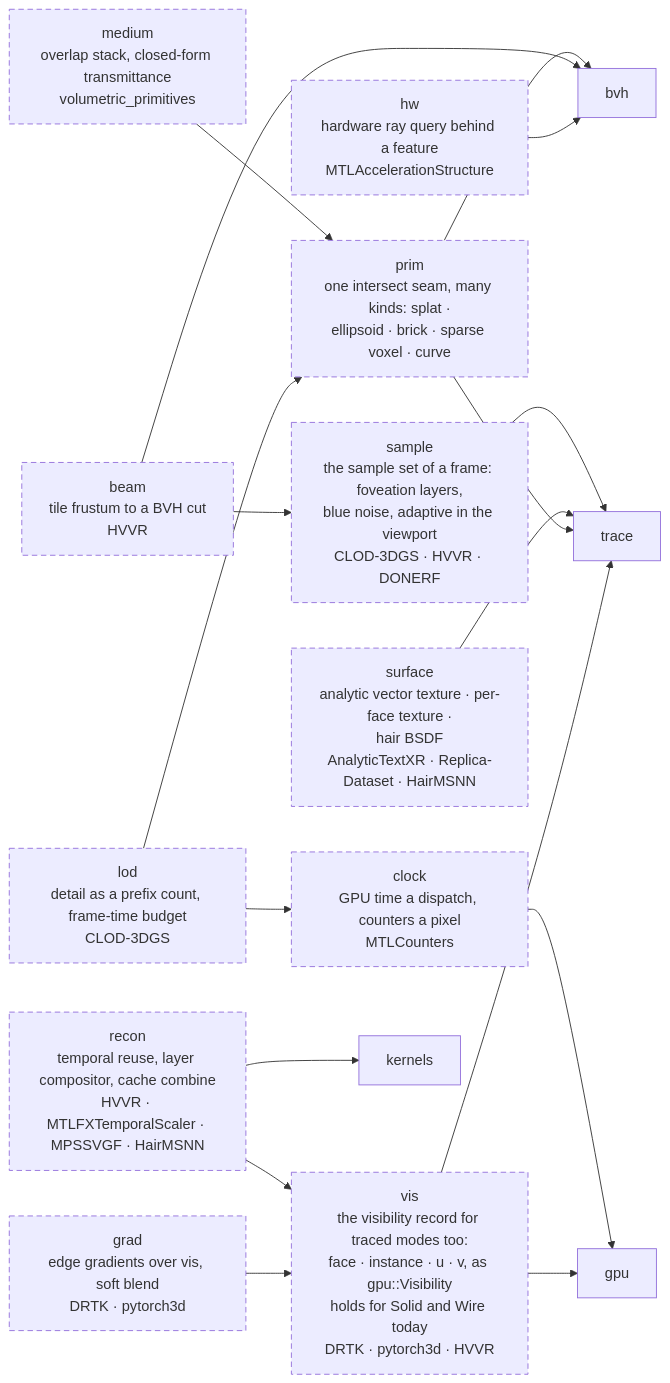
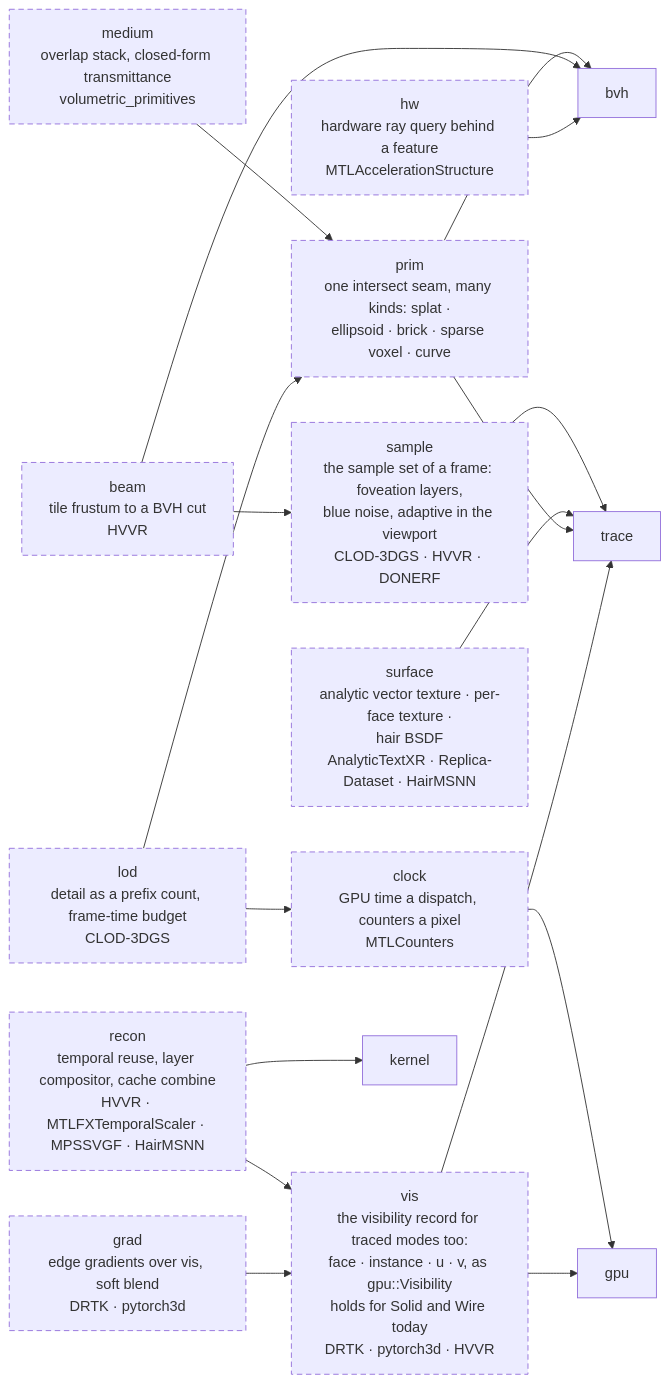
Before and after one commit to gemphi/phiray: the second of 3 diagrams in ARCHITECTURE.md, drawn with Mermaid. The commit also changed other lines of this file and 11 other files, not shown here.

````diff
--- a/ARCHITECTURE.md
+++ b/ARCHITECTURE.md
@@ -36,36 +33,36 @@
 ```mermaid
 graph LR
     m_clock["clock<br/>GPU time a dispatch, counters a pixel<br/>MTLCounters"]
     m_prim["prim<br/>one intersect seam, many kinds: splat ·<br/>ellipsoid · brick · sparse voxel · curve"]
     m_medium["medium<br/>overlap stack, closed-form transmittance<br/>volumetric_primitives"]
     m_sample["sample<br/>the sample set of a frame: foveation layers,<br/>blue noise, adaptive in the viewport<br/>CLOD-3DGS · HVVR · DONERF"]
     m_beam["beam<br/>tile frustum to a BVH cut<br/>HVVR"]
     m_vis["vis<br/>the visibility record for traced modes too:<br/>face · instance · u · v, as gpu::Visibility<br/>holds for Solid and Wire today<br/>DRTK · pytorch3d · HVVR"]
     m_lod["lod<br/>detail as a prefix count, frame-time budget<br/>CLOD-3DGS"]
     m_recon["recon<br/>temporal reuse, layer compositor, cache combine<br/>HVVR · MTLFXTemporalScaler · MPSSVGF · HairMSNN"]
     m_surface["surface<br/>analytic vector texture · per-face texture ·<br/>hair BSDF<br/>AnalyticTextXR · Replica-Dataset · HairMSNN"]
     m_grad["grad<br/>edge gradients over vis, soft blend<br/>DRTK · pytorch3d"]
     m_hw["hw<br/>hardware ray query behind a feature<br/>MTLAccelerationStructure"]
     t_trace["trace"]
     t_bvh["bvh"]
     t_gpu["gpu"]
-    t_kernels["kernels"]
+    t_kernel["kernel"]
     m_medium --> m_prim
     m_lod --> m_prim
     m_lod --> m_clock
     m_beam --> m_sample
     m_recon --> m_vis
     m_grad --> m_vis
     m_prim --> t_bvh
     m_beam --> t_bvh
     m_hw --> t_bvh
     m_clock --> t_gpu
     m_vis --> t_gpu
-    m_recon --> t_kernels
+    m_recon --> t_kernel
     m_sample --> t_trace
     m_surface --> t_trace
     m_prim --> t_trace
     m_vis --> t_trace
     classDef plan stroke-dasharray: 6 4;
     class m_clock,m_prim,m_medium,m_sample,m_beam,m_vis,m_lod,m_recon,m_surface,m_grad,m_hw plan;
 ```
````
